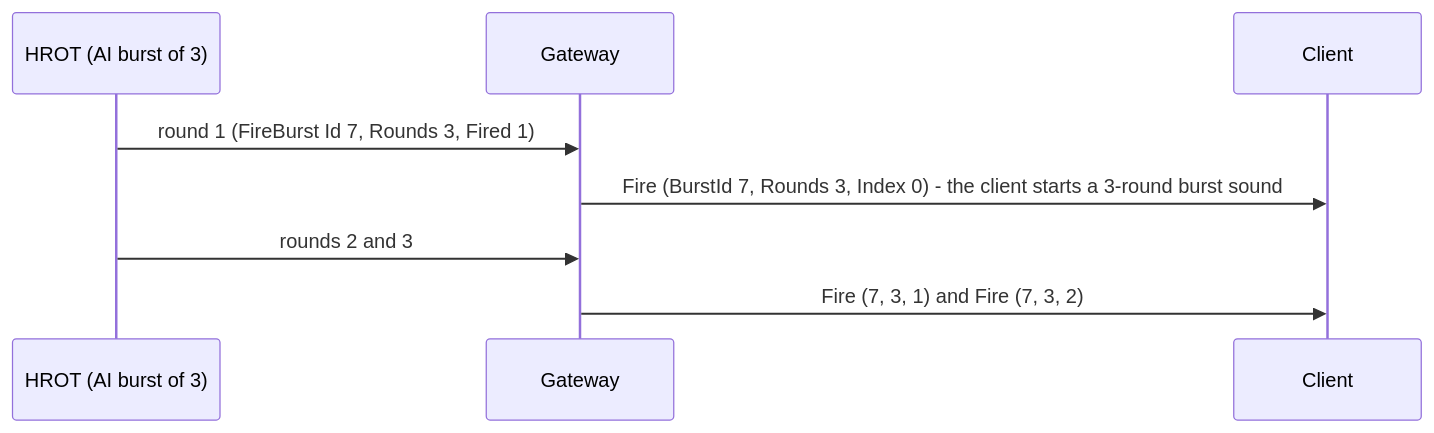
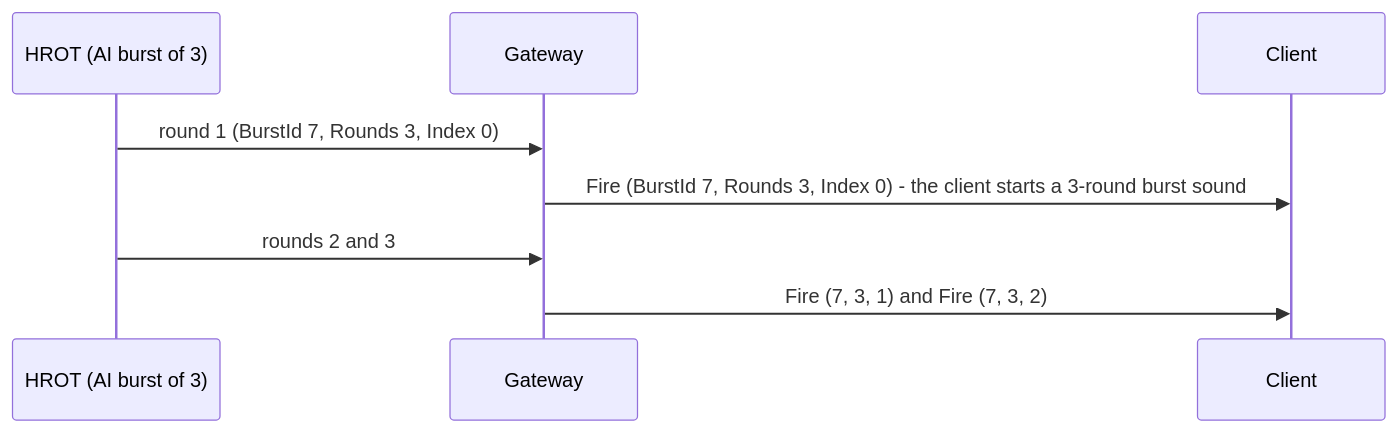
The third of 3 diagrams in docs/design/DD-027-Dps-Fire-Bursts.md (pjanec/SimNetGateway), drawn with Mermaid before and after one commit. The commit also changed other lines of this file, not shown here.

First line of the commit message:
T-065: DD-027 - the burst is copied from each round's WeaponFireNotification (HROT R-11013), no FireBurst component

````diff
--- a/docs/design/DD-027-Dps-Fire-Bursts.md
+++ b/docs/design/DD-027-Dps-Fire-Bursts.md
@@ -44,10 +43,10 @@
 ```mermaid
 sequenceDiagram
     participant H as HROT (AI burst of 3)
     participant G as Gateway
     participant C as Client
-    H->>G: round 1 (FireBurst Id 7, Rounds 3, Fired 1)
+    H->>G: round 1 (BurstId 7, Rounds 3, Index 0)
     G->>C: Fire (BurstId 7, Rounds 3, Index 0) - the client starts a 3-round burst sound
     H->>G: rounds 2 and 3
     G->>C: Fire (7, 3, 1) and Fire (7, 3, 2)
 ```
````
